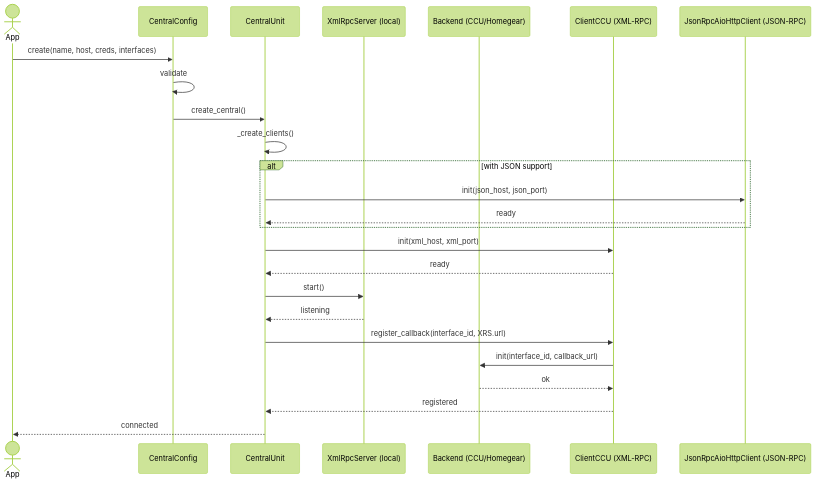
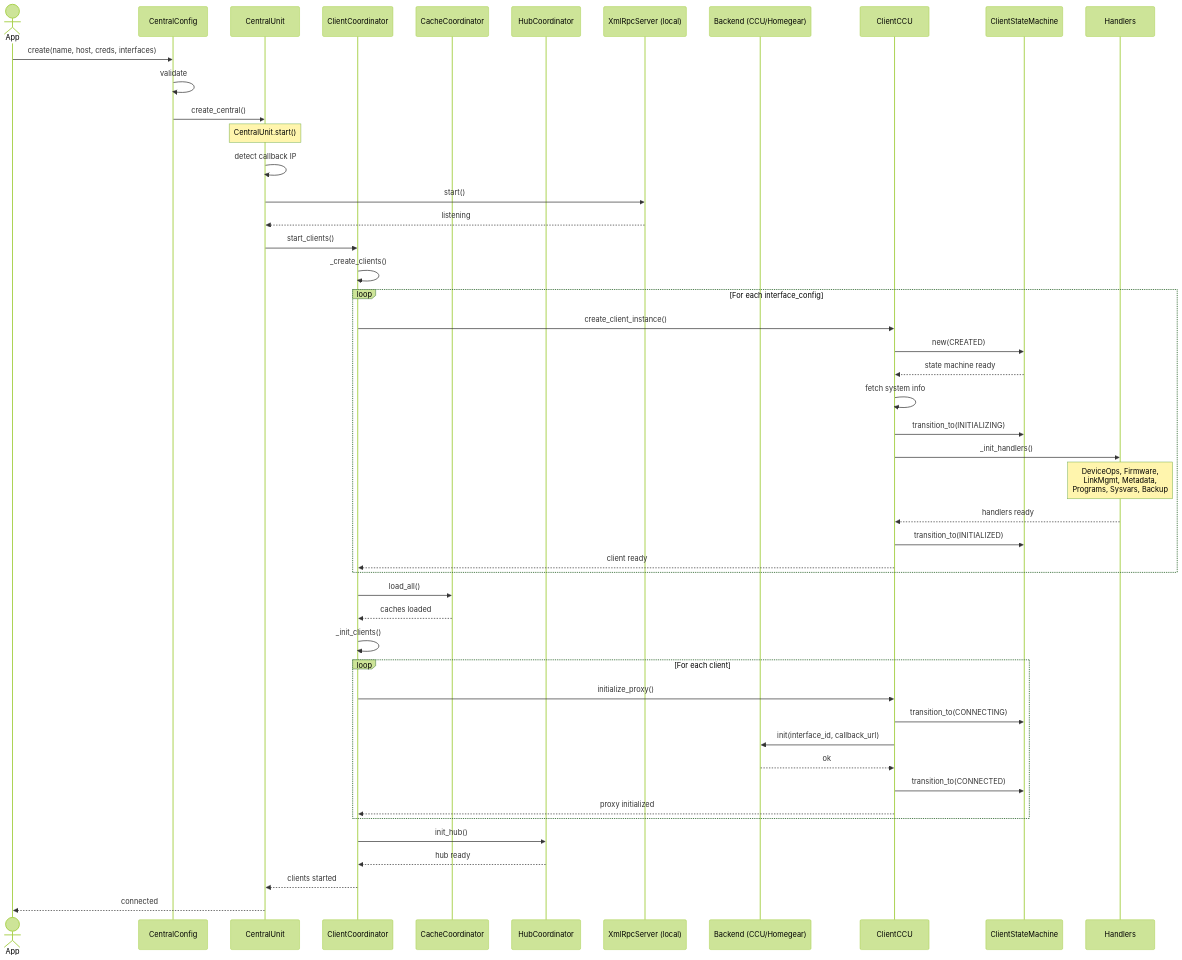
Before and after one commit to SukramJ/aiohomematic: the first of 6 diagrams in docs/sequence_diagrams.md, drawn with Mermaid (forest theme). The commit also changed other lines of this file and 15 other files, not shown here.

````diff
--- a/docs/sequence_diagrams.md
+++ b/docs/sequence_diagrams.md
@@ -7,27 +7,58 @@
 ```mermaid
 sequenceDiagram
   actor App
   participant Cfg as CentralConfig
   participant C as CentralUnit
+  participant CC as ClientCoordinator
+  participant CaC as CacheCoordinator
+  participant HC as HubCoordinator
   participant XRS as XmlRpcServer (local)
   participant CCU as Backend (CCU/Homegear)
-  participant CX as ClientCCU (XML-RPC)
-  participant CJ as JsonRpcAioHttpClient (JSON-RPC)
+  participant CX as ClientCCU
+  participant SM as ClientStateMachine
+  participant H as Handlers
+
   App->>Cfg: create(name, host, creds, interfaces)
   Cfg->>Cfg: validate
   Cfg->>C: create_central()
-  C->>C: _create_clients()
-  alt with JSON support
-    C->>CJ: init(json_host, json_port)
-    CJ-->>C: ready
-  end
-  C->>CX: init(xml_host, xml_port)
-  CX-->>C: ready
+
+  Note over C: CentralUnit.start()
+  C->>C: detect callback IP
   C->>XRS: start()
   XRS-->>C: listening
-  C->>CX: register_callback(interface_id, XRS.url)
-  CX->>CCU: init(interface_id, callback_url)
-  CCU-->>CX: ok
-  CX-->>C: registered
+
+  C->>CC: start_clients()
+  CC->>CC: _create_clients()
+
+  loop For each interface_config
+    CC->>CX: create_client_instance()
+    CX->>SM: new(CREATED)
+    SM-->>CX: state machine ready
+    CX->>CX: fetch system info
+    CX->>SM: transition_to(INITIALIZING)
+    CX->>H: _init_handlers()
+    Note over H: DeviceOps, Firmware,<br/>LinkMgmt, Metadata,<br/>Programs, Sysvars, Backup
+    H-->>CX: handlers ready
+    CX->>SM: transition_to(INITIALIZED)
+    CX-->>CC: client ready
+  end
+
+  CC->>CaC: load_all()
+  CaC-->>CC: caches loaded
+
+  CC->>CC: _init_clients()
+  loop For each client
+    CC->>CX: initialize_proxy()
+    CX->>SM: transition_to(CONNECTING)
+    CX->>CCU: init(interface_id, callback_url)
+    CCU-->>CX: ok
+    CX->>SM: transition_to(CONNECTED)
+    CX-->>CC: proxy initialized
+  end
+
+  CC->>HC: init_hub()
+  HC-->>CC: hub ready
+
+  CC-->>C: clients started
   C-->>App: connected
 ```
````
